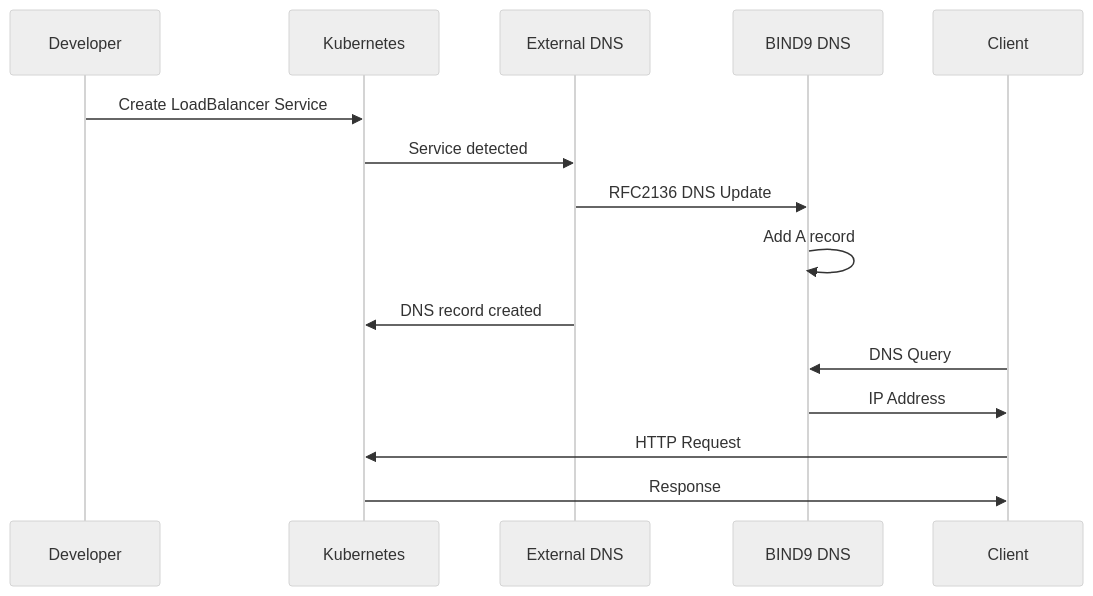
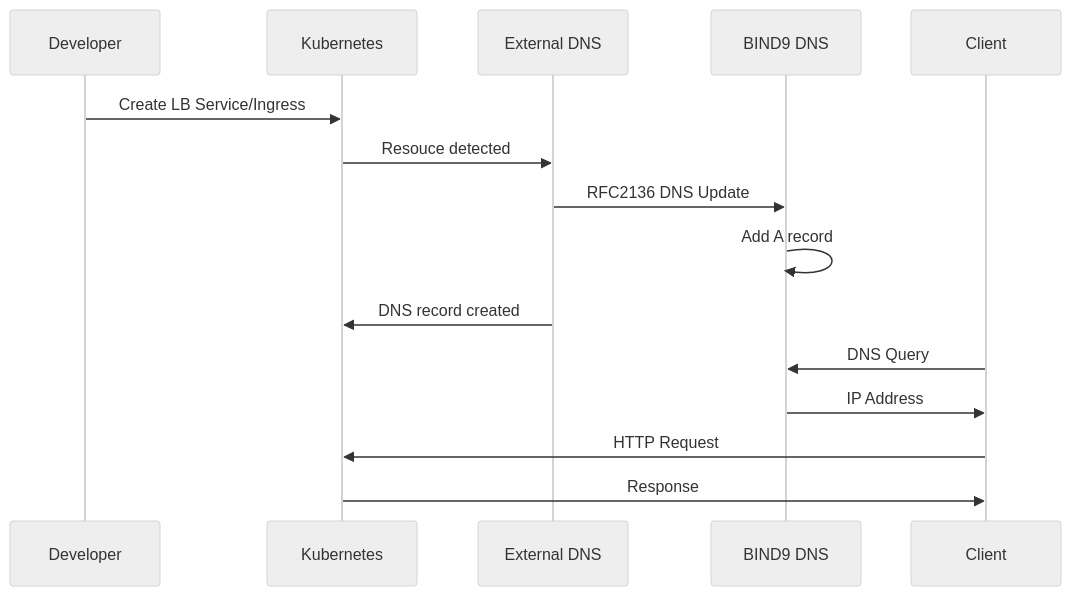
The second of 13 diagrams in slides.md (Saske912/presentation), drawn with Mermaid (neutral theme) before and after one commit. The commit also changed other lines of this file and 5 other files, not shown here.

````diff
--- a/slides.md
+++ b/slides.md
@@ -210,19 +212,19 @@
 ```mermaid
 sequenceDiagram
     participant Dev as Developer
     participant K8s as Kubernetes
     participant ExtDNS as External DNS
     participant BIND9 as BIND9 DNS
     participant Client as Client
     
-    Dev->>K8s: Create LoadBalancer Service
-    K8s->>ExtDNS: Service detected
+    Dev->>K8s: Create LB Service/Ingress
+    K8s->>ExtDNS: Resouce detected
     ExtDNS->>BIND9: RFC2136 DNS Update
     BIND9->>BIND9: Add A record
     ExtDNS->>K8s: DNS record created
     
     Client->>BIND9: DNS Query
     BIND9->>Client: IP Address
     Client->>K8s: HTTP Request
     K8s->>Client: Response
 ```
````
